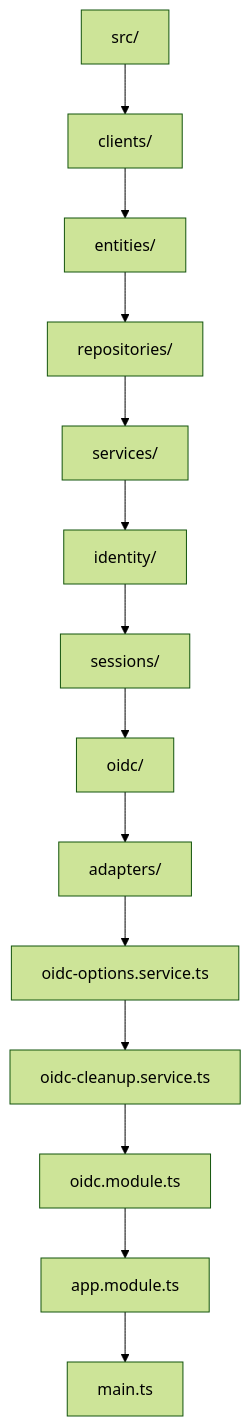
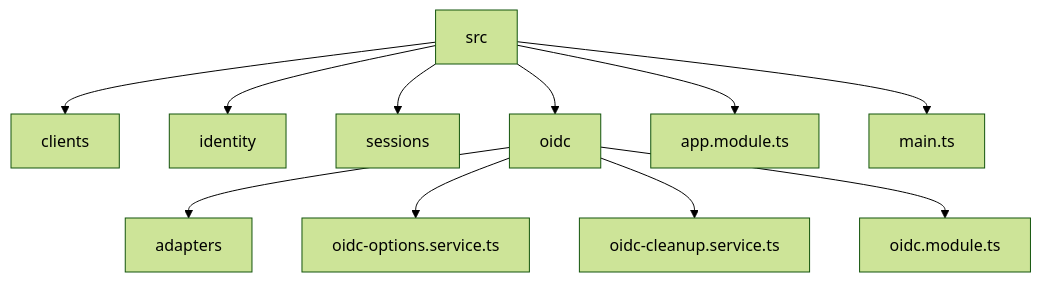
Before and after one commit to TechSivaram/tscloak: the seventh of 18 diagrams in README.md, drawn with Mermaid (forest theme). The commit also changed other lines of this file, not shown here.

Commit message:
TSCloak → nest-oidc-provider → oidc-provider

````diff
--- a/README.md
+++ b/README.md
@@ -313,17 +331,13 @@
 ```mermaid
 flowchart TD
-    N0["src/"] --> N1
-    N1["clients/"] --> N2
-    N2["entities/"] --> N3
-    N3["repositories/"] --> N4
-    N4["services/"] --> N5
-    N5["identity/"] --> N6
-    N6["sessions/"] --> N7
-    N7["oidc/"] --> N8
-    N8["adapters/"] --> N9
-    N9["oidc-options.service.ts"] --> N10
-    N10["oidc-cleanup.service.ts"] --> N11
-    N11["oidc.module.ts"] --> N12
-    N12["app.module.ts"] --> N13
-    N13["main.ts"]
+    A["src"] --> B["clients"]
+    A --> C["identity"]
+    A --> D["sessions"]
+    A --> E["oidc"]
+    E --> F["adapters"]
+    E --> G["oidc-options.service.ts"]
+    E --> H["oidc-cleanup.service.ts"]
+    E --> I["oidc.module.ts"]
+    A --> J["app.module.ts"]
+    A --> K["main.ts"]
 ```
````
